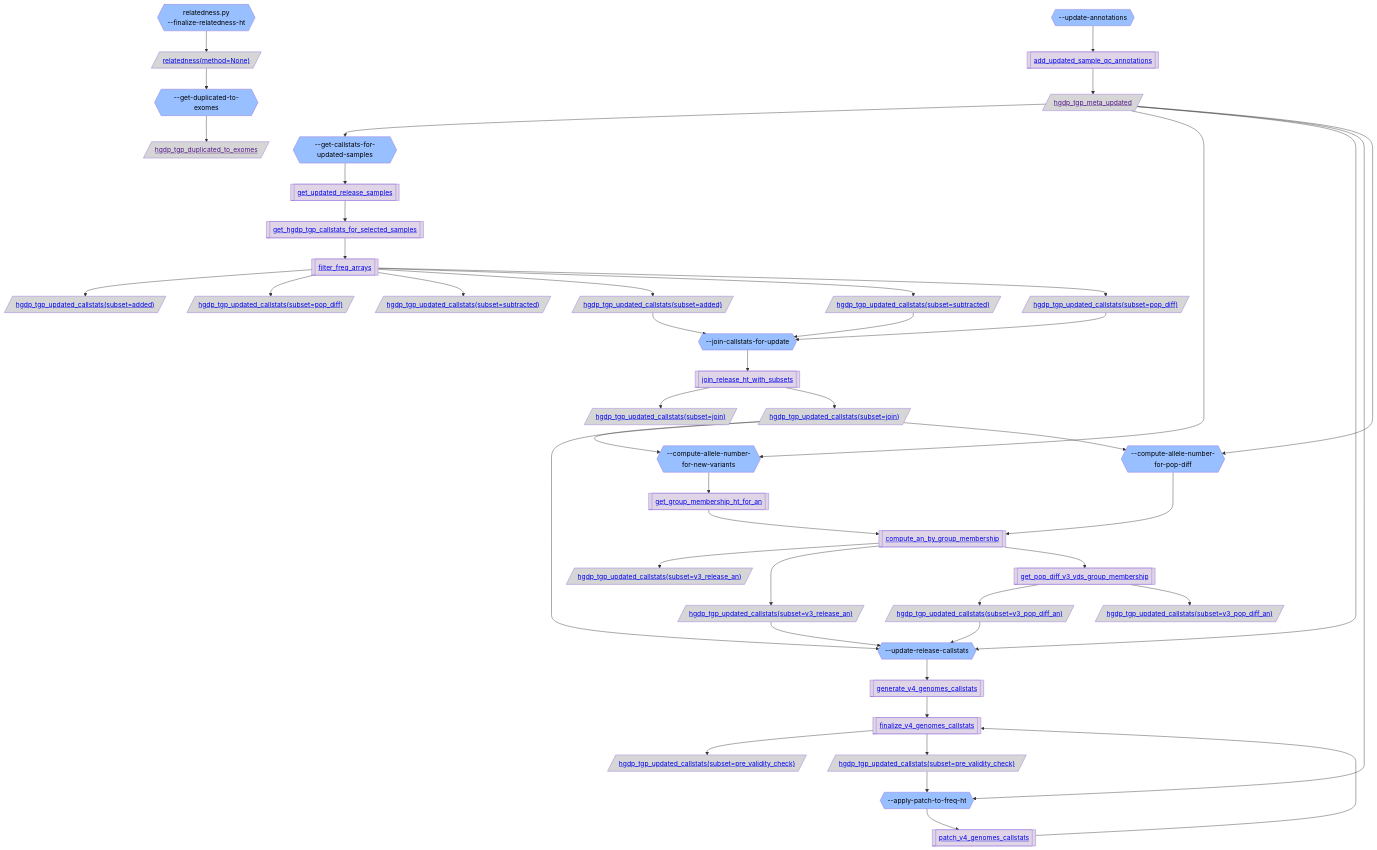
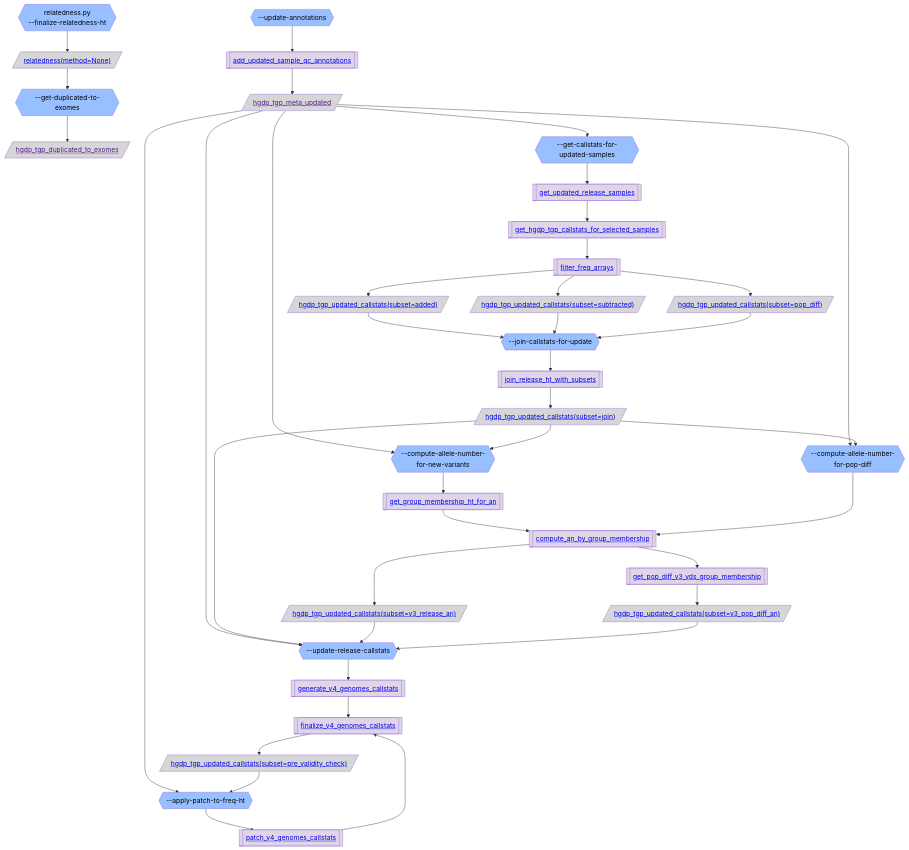
The fourth of 5 diagrams in gnomad_qc/v4/annotations/README.md (broadinstitute/gnomad_qc), drawn with Mermaid before and after one commit. The commit also changed other lines of this file and 13 other files, not shown here.

````diff
--- a/gnomad_qc/v4/annotations/README.md
+++ b/gnomad_qc/v4/annotations/README.md
@@ -245,9 +235,9 @@
 
   step_finalize_relatedness_ht{{"relatedness.py
 --finalize-relatedness-ht"}}:::step_color;
-  resource_relatedness_method_None[/"<a href='https://github.com/broadinstitute/gnomad_qc/tree/main/gnomad_qc/v4/resources/sample_qc.py#L473'>relatedness(method=None)</a>"/]:::resource_color;
+  resource_relatedness_method_None[/"<a href='https://github.com/broadinstitute/gnomad_qc/tree/main/gnomad_qc/v4/resources/sample_qc.py#L562'>relatedness(method=None)</a>"/]:::resource_color;
   step_get_duplicated_to_exomes{{"--get-duplicated-to-exomes"}}:::step_color;
-  hgdp_tgp_duplicated_to_exomes[/"<a href=''>hgdp_tgp_duplicated_to_exomes</a>"/]:::resource_color;
+  resource_hgdp_tgp_duplicated_to_exomes[/"<a href=''>hgdp_tgp_duplicated_to_exomes</a>"/]:::resource_color;
   step_update_annotations{{"--update-annotations"}}:::step_color;
   func_add_updated_sample_qc_annotations[["<a href='https://github.com/broadinstitute/gnomad_qc/tree/main/gnomad_qc/v4/annotations/generate_freq_genomes.py#L253'>add_updated_sample_qc_annotations</a>"]]:::func_color;
   resource_hgdp_tgp_meta_updated[/"<a href=''>hgdp_tgp_meta_updated</a>"/]:::resource_color;
@@ -255,64 +245,52 @@
   func_get_updated_release_samples[["<a href='https://github.com/broadinstitute/gnomad_qc/tree/main/gnomad_qc/v4/annotations/generate_freq_genomes.py#L398'>get_updated_release_samples</a>"]]:::func_color;
   func_get_hgdp_tgp_callstats_for_selected_samples[["<a href='https://github.com/broadinstitute/gnomad_qc/tree/main/gnomad_qc/v4/annotations/generate_freq_genomes.py#L518'>get_hgdp_tgp_callstats_for_selected_samples</a>"]]:::func_color;
   func_filter_freq_arrays[["<a href='https://github.com/broadinstitute/gnomad_qc/tree/main/gnomad_qc/v4/annotations/generate_freq_genomes.py#L566'>filter_freq_arrays</a>"]]:::func_color;
-  hgdp_tgp_updated_callstats_subset_added[/"<a href='https://github.com/broadinstitute/gnomad_qc/tree/main/gnomad_qc/v4/resources/annotations.py#L441'>hgdp_tgp_updated_callstats(subset=added)</a>"/]:::resource_color;
-  hgdp_tgp_updated_callstats_subset_pop_diff[/"<a href='https://github.com/broadinstitute/gnomad_qc/tree/main/gnomad_qc/v4/resources/annotations.py#L441'>hgdp_tgp_updated_callstats(subset=pop_diff)</a>"/]:::resource_color;
-  hgdp_tgp_updated_callstats_subset_subtracted[/"<a href='https://github.com/broadinstitute/gnomad_qc/tree/main/gnomad_qc/v4/resources/annotations.py#L441'>hgdp_tgp_updated_callstats(subset=subtracted)</a>"/]:::resource_color;
+  resource_hgdp_tgp_updated_callstats_subset_pop_diff[/"<a href='https://github.com/broadinstitute/gnomad_qc/tree/main/gnomad_qc/v4/resources/annotations.py#L441'>hgdp_tgp_updated_callstats(subset=pop_diff)</a>"/]:::resource_color;
   resource_hgdp_tgp_updated_callstats_subset_added[/"<a href='https://github.com/broadinstitute/gnomad_qc/tree/main/gnomad_qc/v4/resources/annotations.py#L441'>hgdp_tgp_updated_callstats(subset=added)</a>"/]:::resource_color;
+  resource_hgdp_tgp_updated_callstats_subset_subtracted[/"<a href='https://github.com/broadinstitute/gnomad_qc/tree/main/gnomad_qc/v4/resources/annotations.py#L441'>hgdp_tgp_updated_callstats(subset=subtracted)</a>"/]:::resource_color;
   step_join_callstats_for_update{{"--join-callstats-for-update"}}:::step_color;
   func_join_release_ht_with_subsets[["<a href='https://github.com/broadinstitute/gnomad_qc/tree/main/gnomad_qc/v4/annotations/generate_freq_genomes.py#L652'>join_release_ht_with_subsets</a>"]]:::func_color;
-  hgdp_tgp_updated_callstats_subset_join[/"<a href='https://github.com/broadinstitute/gnomad_qc/tree/main/gnomad_qc/v4/resources/annotations.py#L441'>hgdp_tgp_updated_callstats(subset=join)</a>"/]:::resource_color;
-  resource_hgdp_tgp_updated_callstats_subset_subtracted[/"<a href='https://github.com/broadinstitute/gnomad_qc/tree/main/gnomad_qc/v4/resources/annotations.py#L441'>hgdp_tgp_updated_callstats(subset=subtracted)</a>"/]:::resource_color;
-  resource_hgdp_tgp_updated_callstats_subset_pop_diff[/"<a href='https://github.com/broadinstitute/gnomad_qc/tree/main/gnomad_qc/v4/resources/annotations.py#L441'>hgdp_tgp_updated_callstats(subset=pop_diff)</a>"/]:::resource_color;
+  resource_hgdp_tgp_updated_callstats_subset_join[/"<a href='https://github.com/broadinstitute/gnomad_qc/tree/main/gnomad_qc/v4/resources/annotations.py#L441'>hgdp_tgp_updated_callstats(subset=join)</a>"/]:::resource_color;
   step_compute_allele_number_for_new_variants{{"--compute-allele-number-for-new-variants"}}:::step_color;
   func_get_group_membership_ht_for_an[["<a href='https://github.com/broadinstitute/gnomad_qc/tree/main/gnomad_qc/v4/annotations/generate_freq_genomes.py#L688'>get_group_membership_ht_for_an</a>"]]:::func_color;
   func_compute_an_by_group_membership[["<a href='https://github.com/broadinstitute/gnomad_qc/tree/main/gnomad_qc/v4/annotations/generate_freq_genomes.py#L814'>compute_an_by_group_membership</a>"]]:::func_color;
-  hgdp_tgp_updated_callstats_subset_v3_release_an[/"<a href='https://github.com/broadinstitute/gnomad_qc/tree/main/gnomad_qc/v4/resources/annotations.py#L441'>hgdp_tgp_updated_callstats(subset=v3_release_an)</a>"/]:::resource_color;
-  resource_hgdp_tgp_updated_callstats_subset_join[/"<a href='https://github.com/broadinstitute/gnomad_qc/tree/main/gnomad_qc/v4/resources/annotations.py#L441'>hgdp_tgp_updated_callstats(subset=join)</a>"/]:::resource_color;
+  resource_hgdp_tgp_updated_callstats_subset_v3_release_an[/"<a href='https://github.com/broadinstitute/gnomad_qc/tree/main/gnomad_qc/v4/resources/annotations.py#L441'>hgdp_tgp_updated_callstats(subset=v3_release_an)</a>"/]:::resource_color;
   step_update_release_callstats{{"--update-release-callstats"}}:::step_color;
   func_generate_v4_genomes_callstats[["<a href='https://github.com/broadinstitute/gnomad_qc/tree/main/gnomad_qc/v4/annotations/generate_freq_genomes.py#L948'>generate_v4_genomes_callstats</a>"]]:::func_color;
   func_finalize_v4_genomes_callstats[["<a href='https://github.com/broadinstitute/gnomad_qc/tree/main/gnomad_qc/v4/annotations/generate_freq_genomes.py#L1046'>finalize_v4_genomes_callstats</a>"]]:::func_color;
-  hgdp_tgp_updated_callstats_subset_pre_validity_check[/"<a href='https://github.com/broadinstitute/gnomad_qc/tree/main/gnomad_qc/v4/resources/annotations.py#L441'>hgdp_tgp_updated_callstats(subset=pre_validity_check)</a>"/]:::resource_color;
-  resource_hgdp_tgp_updated_callstats_subset_v3_release_an[/"<a href='https://github.com/broadinstitute/gnomad_qc/tree/main/gnomad_qc/v4/resources/annotations.py#L441'>hgdp_tgp_updated_callstats(subset=v3_release_an)</a>"/]:::resource_color;
+  resource_hgdp_tgp_updated_callstats_subset_pre_validity_check[/"<a href='https://github.com/broadinstitute/gnomad_qc/tree/main/gnomad_qc/v4/resources/annotations.py#L441'>hgdp_tgp_updated_callstats(subset=pre_validity_check)</a>"/]:::resource_color;
   step_compute_allele_number_for_pop_diff{{"--compute-allele-number-for-pop-diff"}}:::step_color;
   func_get_pop_diff_v3_vds_group_membership[["<a href='https://github.com/broadinstitute/gnomad_qc/tree/main/gnomad_qc/v4/annotations/generate_freq_genomes.py#L1221'>get_pop_diff_v3_vds_group_membership</a>"]]:::func_color;
   resource_hgdp_tgp_updated_callstats_subset_v3_pop_diff_an[/"<a href='https://github.com/broadinstitute/gnomad_qc/tree/main/gnomad_qc/v4/resources/annotations.py#L441'>hgdp_tgp_updated_callstats(subset=v3_pop_diff_an)</a>"/]:::resource_color;
   step_apply_patch_to_freq_ht{{"--apply-patch-to-freq-ht"}}:::step_color;
   func_patch_v4_genomes_callstats[["<a href='https://github.com/broadinstitute/gnomad_qc/tree/main/gnomad_qc/v4/annotations/generate_freq_genomes.py#L1259'>patch_v4_genomes_callstats</a>"]]:::func_color;
-  resource_hgdp_tgp_updated_callstats_subset_pre_validity_check[/"<a href='https://github.com/broadinstitute/gnomad_qc/tree/main/gnomad_qc/v4/resources/annotations.py#L441'>hgdp_tgp_updated_callstats(subset=pre_validity_check)</a>"/]:::resource_color;
-  hgdp_tgp_updated_callstats_subset_v3_pop_diff_an[/"<a href='https://github.com/broadinstitute/gnomad_qc/tree/main/gnomad_qc/v4/resources/annotations.py#L441'>hgdp_tgp_updated_callstats(subset=v3_pop_diff_an)</a>"/]:::resource_color;
   step_finalize_relatedness_ht --> resource_relatedness_method_None;
   resource_relatedness_method_None --> step_get_duplicated_to_exomes;
-  step_get_duplicated_to_exomes --> hgdp_tgp_duplicated_to_exomes;
+  step_get_duplicated_to_exomes --> resource_hgdp_tgp_duplicated_to_exomes;
   step_update_annotations --> func_add_updated_sample_qc_annotations;
   func_add_updated_sample_qc_annotations --> resource_hgdp_tgp_meta_updated;
   resource_hgdp_tgp_meta_updated --> step_get_callstats_for_updated_samples;
   step_get_callstats_for_updated_samples --> func_get_updated_release_samples;
   func_get_updated_release_samples --> func_get_hgdp_tgp_callstats_for_selected_samples;
   func_get_hgdp_tgp_callstats_for_selected_samples --> func_filter_freq_arrays;
-  func_filter_freq_arrays --> hgdp_tgp_updated_callstats_subset_added;
-  func_filter_freq_arrays --> hgdp_tgp_updated_callstats_subset_pop_diff;
-  func_filter_freq_arrays --> hgdp_tgp_updated_callstats_subset_subtracted;
+  func_filter_freq_arrays --> resource_hgdp_tgp_updated_callstats_subset_pop_diff;
   func_filter_freq_arrays --> resource_hgdp_tgp_updated_callstats_subset_added;
+  func_filter_freq_arrays --> resource_hgdp_tgp_updated_callstats_subset_subtracted;
   resource_hgdp_tgp_updated_callstats_subset_added --> step_join_callstats_for_update;
   step_join_callstats_for_update --> func_join_release_ht_with_subsets;
-  func_join_release_ht_with_subsets --> hgdp_tgp_updated_callstats_subset_join;
-  func_filter_freq_arrays --> resource_hgdp_tgp_updated_callstats_subset_subtracted;
+  func_join_release_ht_with_subsets --> resource_hgdp_tgp_updated_callstats_subset_join;
   resource_hgdp_tgp_updated_callstats_subset_subtracted --> step_join_callstats_for_update;
-  func_filter_freq_arrays --> resource_hgdp_tgp_updated_callstats_subset_pop_diff;
   resource_hgdp_tgp_updated_callstats_subset_pop_diff --> step_join_callstats_for_update;
   resource_hgdp_tgp_meta_updated --> step_compute_allele_number_for_new_variants;
   step_compute_allele_number_for_new_variants --> func_get_group_membership_ht_for_an;
   func_get_group_membership_ht_for_an --> func_compute_an_by_group_membership;
-  func_compute_an_by_group_membership --> hgdp_tgp_updated_callstats_subset_v3_release_an;
-  func_join_release_ht_with_subsets --> resource_hgdp_tgp_updated_callstats_subset_join;
+  func_compute_an_by_group_membership --> resource_hgdp_tgp_updated_callstats_subset_v3_release_an;
   resource_hgdp_tgp_updated_callstats_subset_join --> step_compute_allele_number_for_new_variants;
   resource_hgdp_tgp_meta_updated --> step_update_release_callstats;
   step_update_release_callstats --> func_generate_v4_genomes_callstats;
   func_generate_v4_genomes_callstats --> func_finalize_v4_genomes_callstats;
-  func_finalize_v4_genomes_callstats --> hgdp_tgp_updated_callstats_subset_pre_validity_check;
+  func_finalize_v4_genomes_callstats --> resource_hgdp_tgp_updated_callstats_subset_pre_validity_check;
   resource_hgdp_tgp_updated_callstats_subset_join --> step_update_release_callstats;
-  func_compute_an_by_group_membership --> resource_hgdp_tgp_updated_callstats_subset_v3_release_an;
   resource_hgdp_tgp_updated_callstats_subset_v3_release_an --> step_update_release_callstats;
   step_compute_allele_number_for_pop_diff --> func_compute_an_by_group_membership;
   func_compute_an_by_group_membership --> func_get_pop_diff_v3_vds_group_membership;
@@ -321,9 +299,7 @@
   resource_hgdp_tgp_meta_updated --> step_apply_patch_to_freq_ht;
   step_apply_patch_to_freq_ht --> func_patch_v4_genomes_callstats;
   func_patch_v4_genomes_callstats --> func_finalize_v4_genomes_callstats;
-  func_finalize_v4_genomes_callstats --> resource_hgdp_tgp_updated_callstats_subset_pre_validity_check;
   resource_hgdp_tgp_updated_callstats_subset_pre_validity_check --> step_apply_patch_to_freq_ht;
   resource_hgdp_tgp_meta_updated --> step_compute_allele_number_for_pop_diff;
-  func_get_pop_diff_v3_vds_group_membership --> hgdp_tgp_updated_callstats_subset_v3_pop_diff_an;
   resource_hgdp_tgp_updated_callstats_subset_join --> step_compute_allele_number_for_pop_diff;
 ```
````
